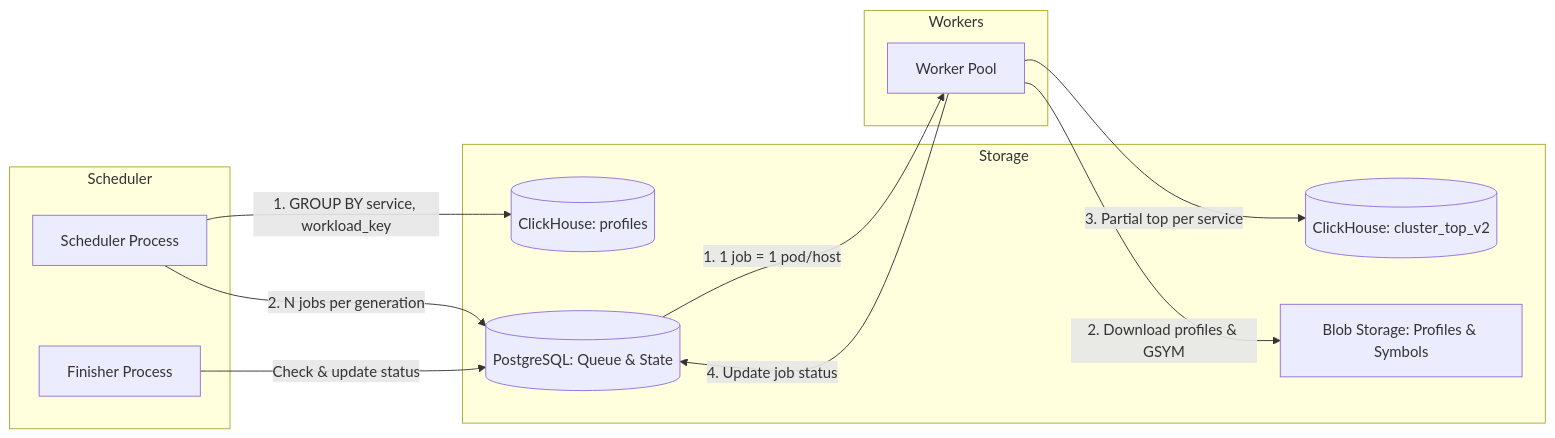
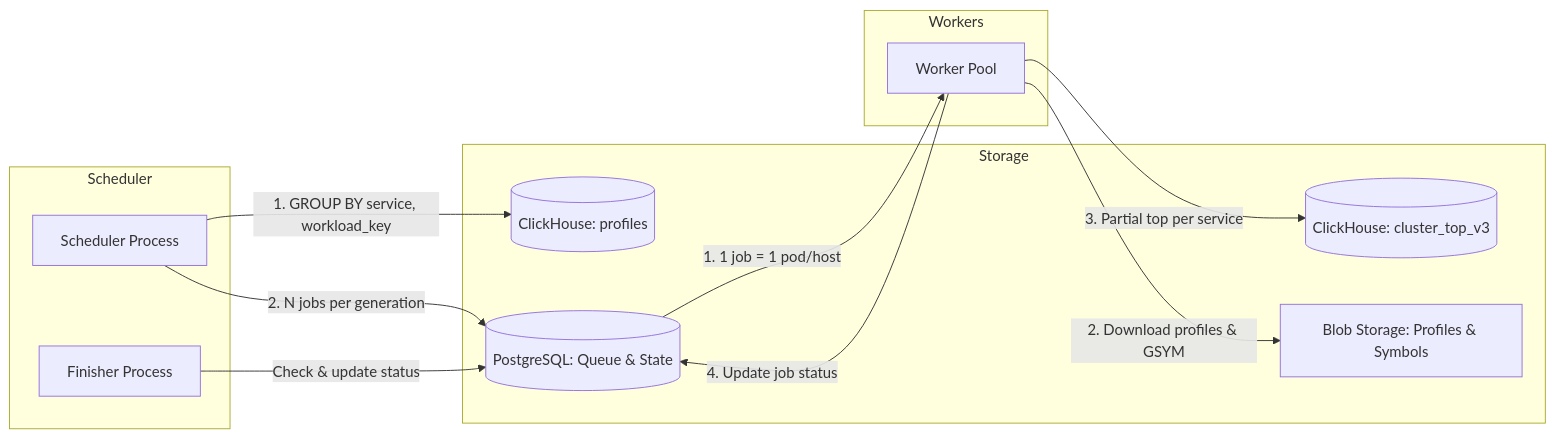
Before and after one commit to yandex/perforator: the diagram in perforator/internal/offline_processing/cluster_top/README.md, drawn with Mermaid. The commit also changed other lines of this file and 8 other files, not shown here.

Commit message:
write Cluster Top jobs to v3 commit_hash:7aa6aac53b2aa7d744440b1e0939f2bf794a12b7

````diff
--- a/perforator/internal/offline_processing/cluster_top/README.md
+++ b/perforator/internal/offline_processing/cluster_top/README.md
@@ -122,29 +132,29 @@
 ```mermaid
 flowchart LR
     subgraph Scheduler
         sched[Scheduler Process]
         finisher[Finisher Process]
     end
 
     subgraph Storage
         CH_PROFILES[(ClickHouse: profiles)]
-        CH_TOP[(ClickHouse: cluster_top_v2)]
+        CH_TOP[(ClickHouse: cluster_top_v3)]
         PG[(PostgreSQL: Queue & State)]
         BLOB[Blob Storage: Profiles & Symbols]
     end
 
     subgraph Workers
         worker["Worker Pool"]
     end
 
     %% Scheduler flow
     sched -->|"1. GROUP BY service, workload_key"| CH_PROFILES
     sched -->|"2. N jobs per generation"| PG
     finisher -->|"Check & update status"| PG
 
     %% Worker flow
     PG -->|"1. 1 job = 1 pod/host"| worker
     worker -->|"2. Download profiles & GSYM"| BLOB
     worker -->|"3. Partial top per service"| CH_TOP
     worker -->|"4. Update job status"| PG 
 ```
````
